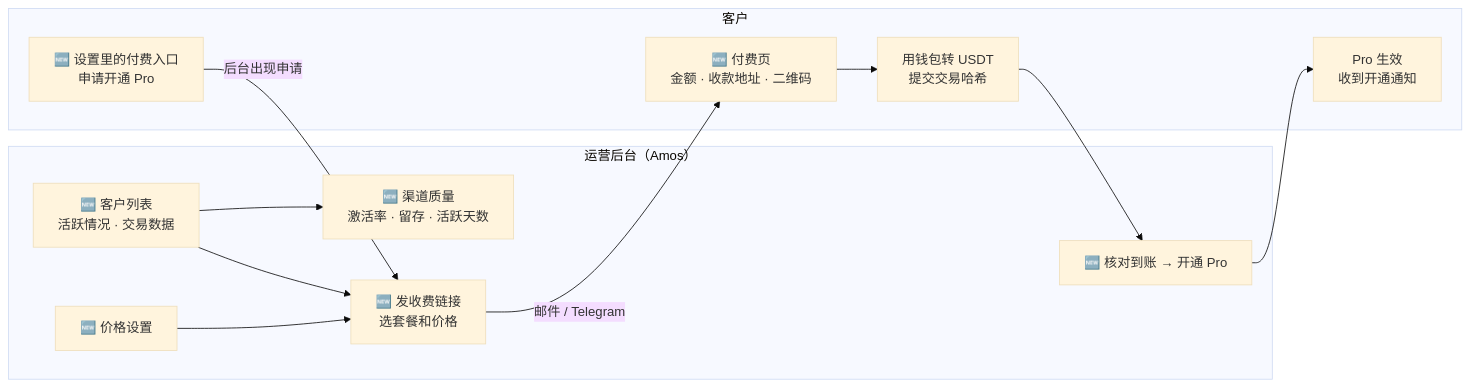
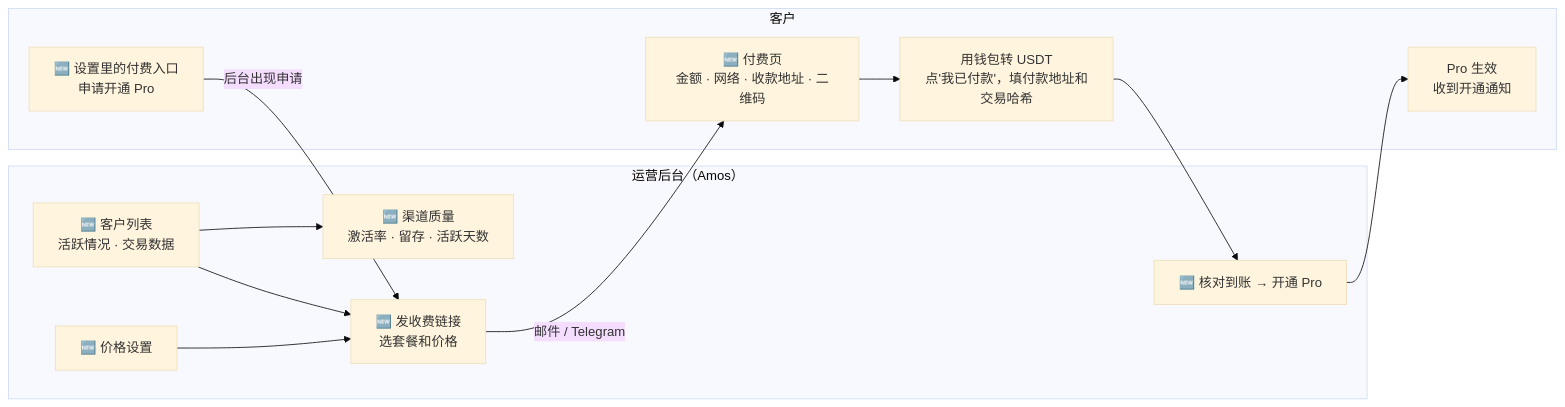
Before and after one commit to dollar3651314/trading-journal: the first of 6 diagrams in 需求文档/v1-需求说明书.md, drawn with Mermaid (base theme). The commit also changed other lines of this file and 24 other files, not shown here.

````diff
--- a/需求文档/v1-需求说明书.md
+++ b/需求文档/v1-需求说明书.md
@@ -15,16 +15,16 @@
 ```mermaid
 flowchart LR
     subgraph ADMIN["运营后台（Amos）"]
         C1["🆕 客户列表<br/>活跃情况 · 交易数据"] --> C2["🆕 渠道质量<br/>激活率 · 留存 · 活跃天数"]
         C1 --> P1["🆕 发收费链接<br/>选套餐和价格"]
         P0["🆕 价格设置"] --> P1
         P4["🆕 核对到账 → 开通 Pro"]
     end
     subgraph USER["客户"]
         U1["🆕 设置里的付费入口<br/>申请开通 Pro"] -->|"后台出现申请"| P1
-        P1 -->|"邮件 / Telegram"| U2["🆕 付费页<br/>金额 · 收款地址 · 二维码"]
-        U2 --> U3["用钱包转 USDT<br/>提交交易哈希"]
+        P1 -->|"邮件 / Telegram"| U2["🆕 付费页<br/>金额 · 网络 · 收款地址 · 二维码"]
+        U2 --> U3["用钱包转 USDT<br/>点'我已付款'，填付款地址和交易哈希"]
         U3 --> P4
         P4 --> U4["Pro 生效<br/>收到开通通知"]
     end
 ```
````
